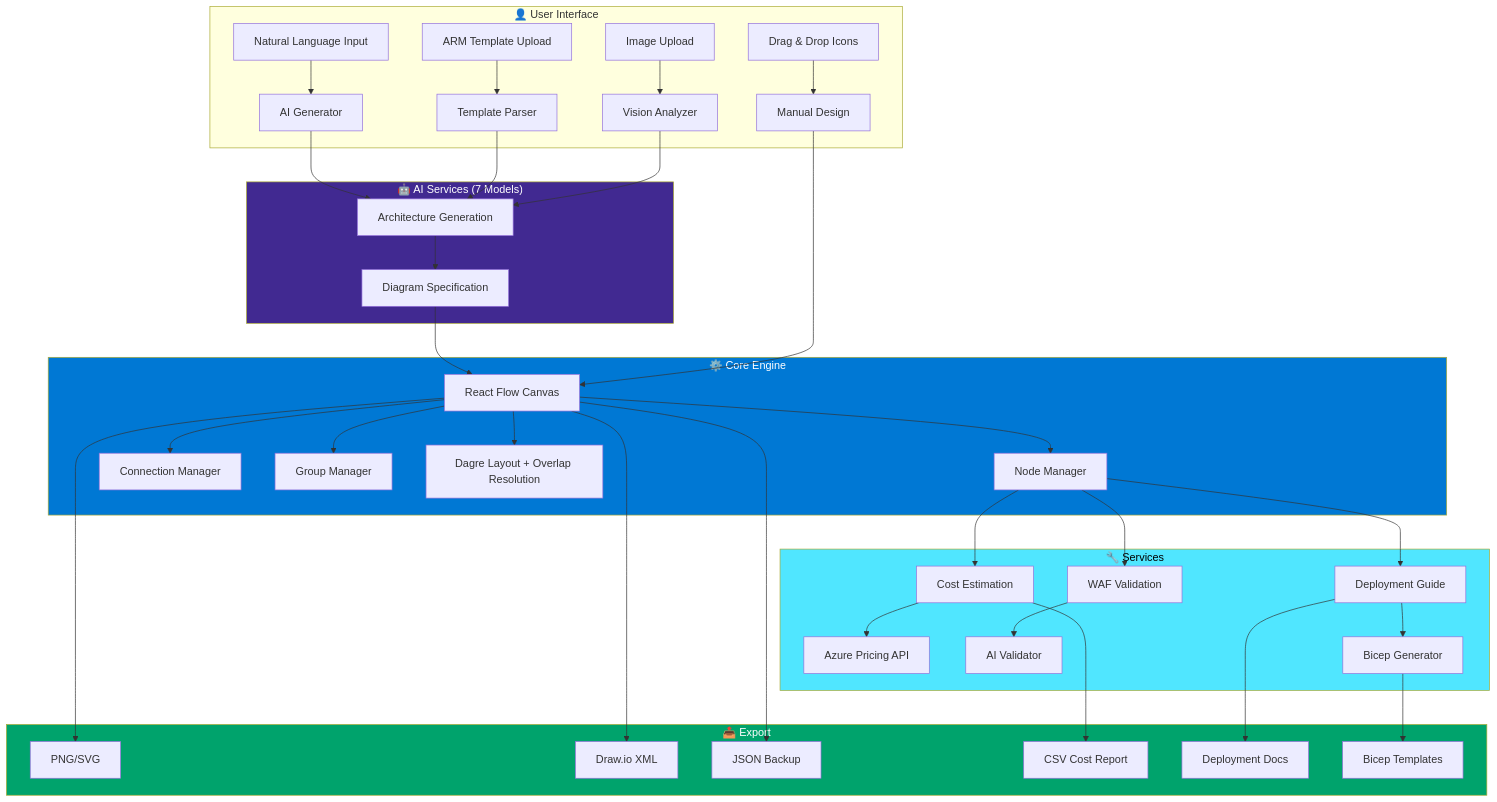
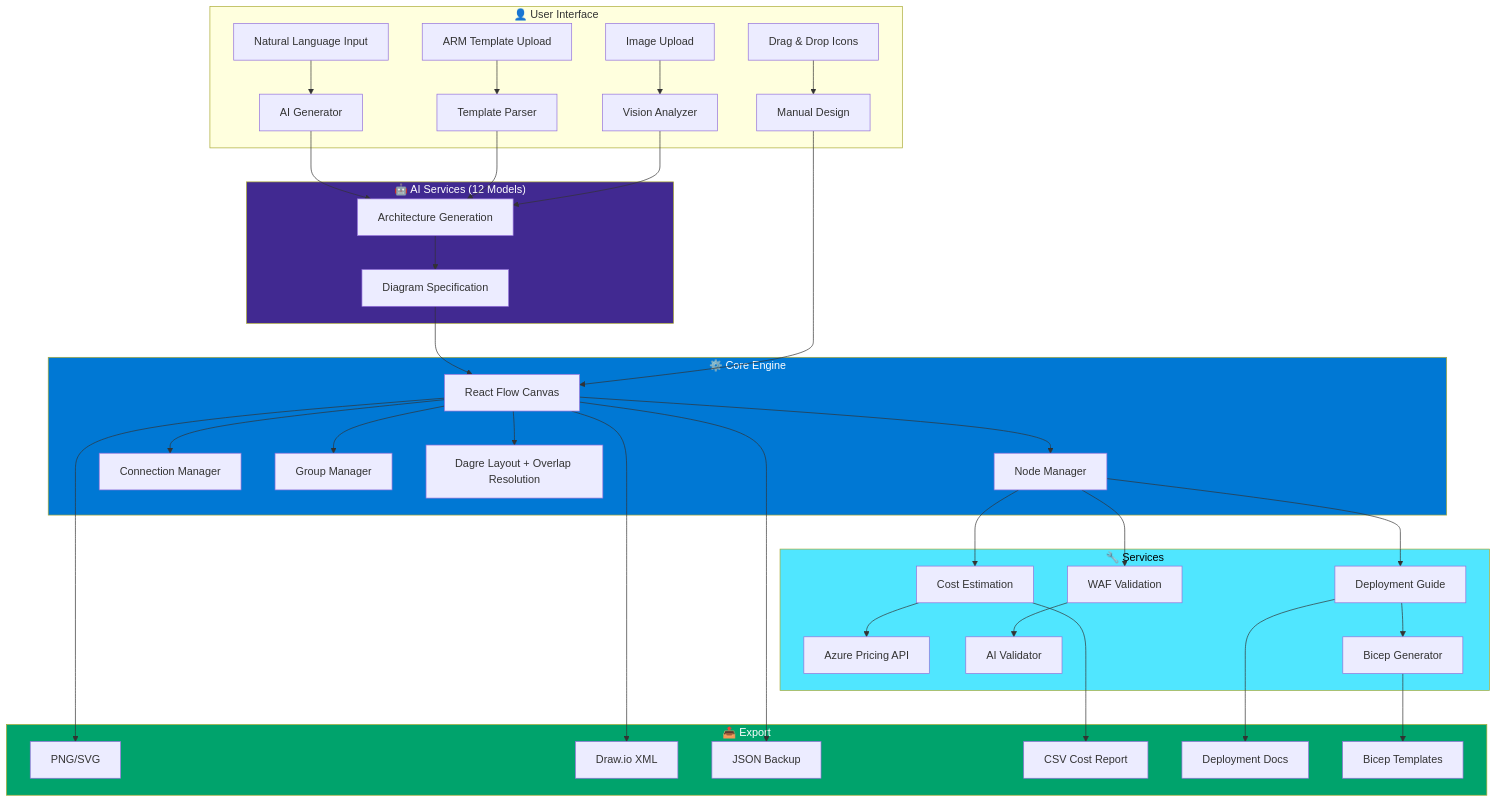
Before and after one commit to Arturo-Quiroga-MSFT/azure-architecture-diagram-builder: the first of 3 diagrams in README.md, drawn with Mermaid. The commit also changed other lines of this file and 20 other files, not shown here.

````diff
--- a/README.md
+++ b/README.md
@@ -187,48 +204,48 @@
 ```mermaid
 flowchart TD
     subgraph User["👤 User Interface"]
         A[Natural Language Input] --> B[AI Generator]
         C[ARM Template Upload] --> D[Template Parser]
         E[Drag & Drop Icons] --> F[Manual Design]
         G[Image Upload] --> H[Vision Analyzer]
     end
 
-    subgraph AI["🤖 AI Services (7 Models)"]
+    subgraph AI["🤖 AI Services (12 Models)"]
         B --> I[Architecture Generation]
         D --> I
         H --> I
         I --> J[Diagram Specification]
     end
 
     subgraph Core["⚙️ Core Engine"]
         J --> K[React Flow Canvas]
         F --> K
         K --> L[Node Manager]
         K --> M[Connection Manager]
         K --> N[Group Manager]
         K --> O[Dagre Layout + Overlap Resolution]
     end
 
     subgraph Services["🔧 Services"]
         L --> P[Cost Estimation]
         L --> Q[WAF Validation]
         L --> R[Deployment Guide]
         P --> S[Azure Pricing API]
         Q --> T[AI Validator]
         R --> U[Bicep Generator]
     end
 
     subgraph Export["📤 Export"]
         K --> V[PNG/SVG]
         K --> W[Draw.io XML]
         K --> X[JSON Backup]
         P --> Y[CSV Cost Report]
         R --> Z[Deployment Docs]
         U --> AA[Bicep Templates]
     end
 
     style AI fill:#412991,color:#fff
     style Core fill:#0078D4,color:#fff
     style Services fill:#50E6FF,color:#000
     style Export fill:#00A36C,color:#fff
 ```
````
